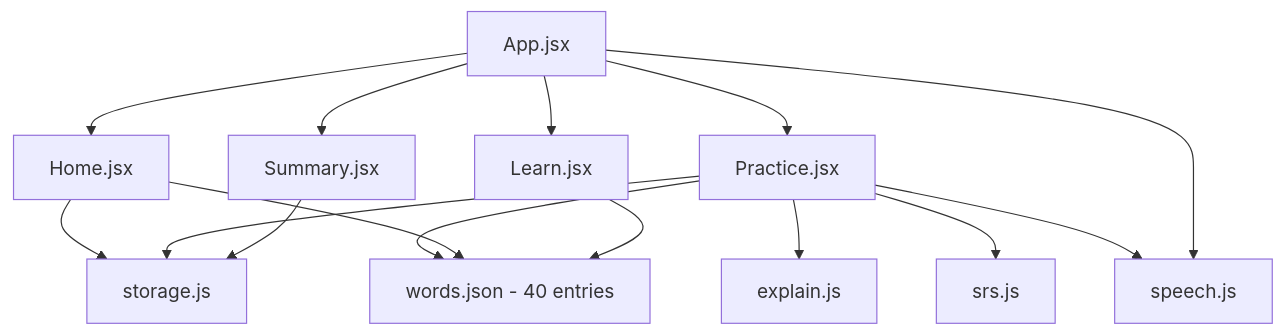
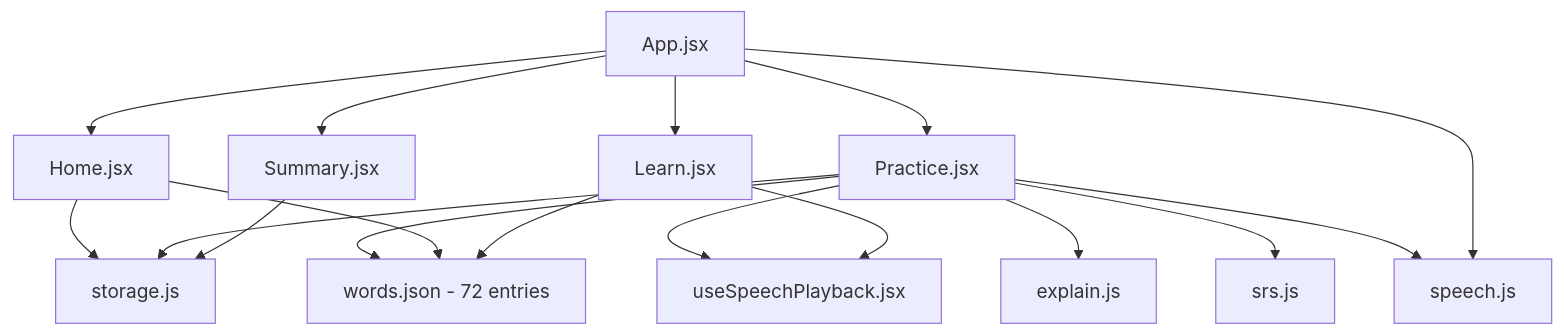
The diagram in walkthrough.md (Samikshaa27/MedGerman), drawn with Mermaid before and after one commit. The commit also changed other lines of this file and 34 other files, not shown here.

````diff
--- a/walkthrough.md
+++ b/walkthrough.md
@@ -11,17 +11,19 @@
 ```mermaid
 graph TD
   A["App.jsx"] --> B["Home.jsx"]
   A --> C["Learn.jsx"]
   A --> D["Practice.jsx"]
   A --> E["Summary.jsx"]
   D --> F["explain.js"]
   D --> G["srs.js"]
   D --> H["speech.js"]
+  D --> K["useSpeechPlayback.jsx"]
+  C --> K
   A --> H
   B --> I["storage.js"]
   D --> I
   E --> I
-  D --> J["words.json - 40 entries"]
+  D --> J["words.json - 72 entries"]
   B --> J
   C --> J
 ```
````
